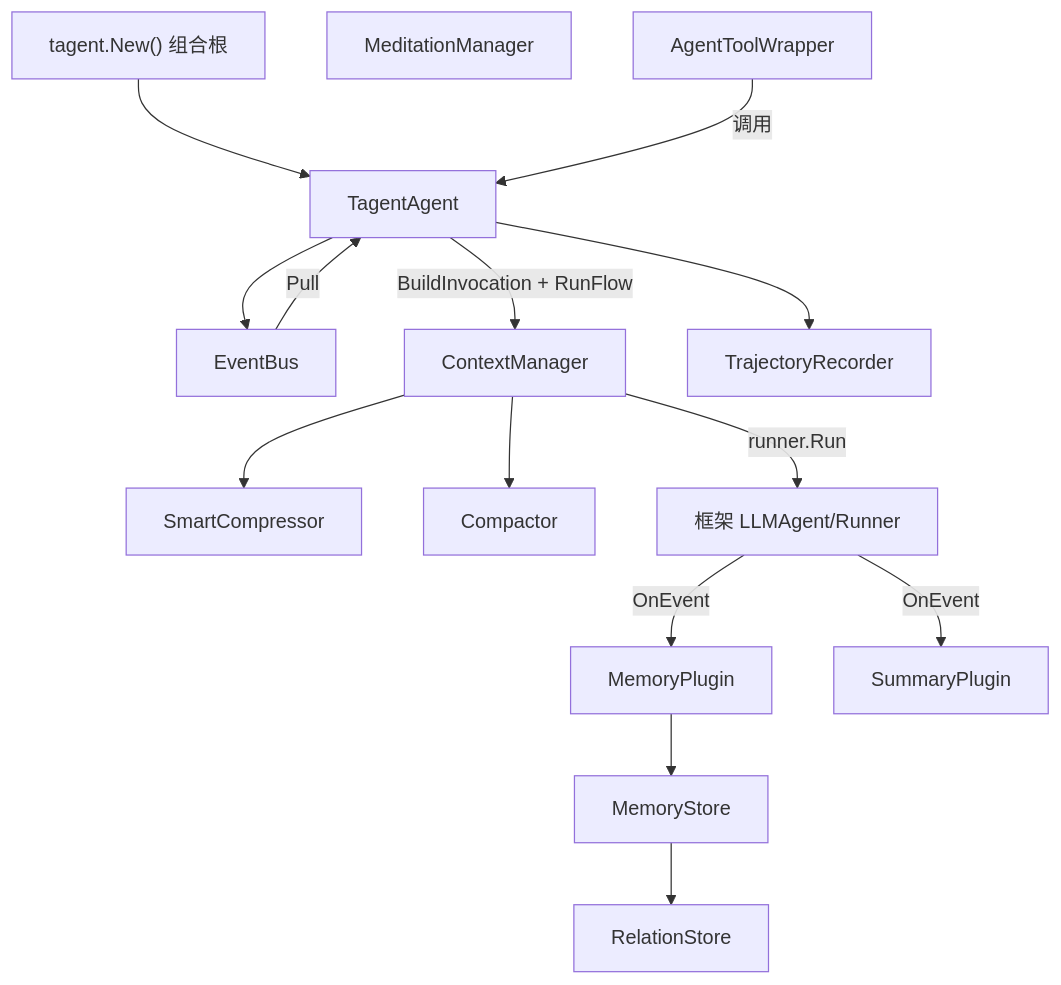
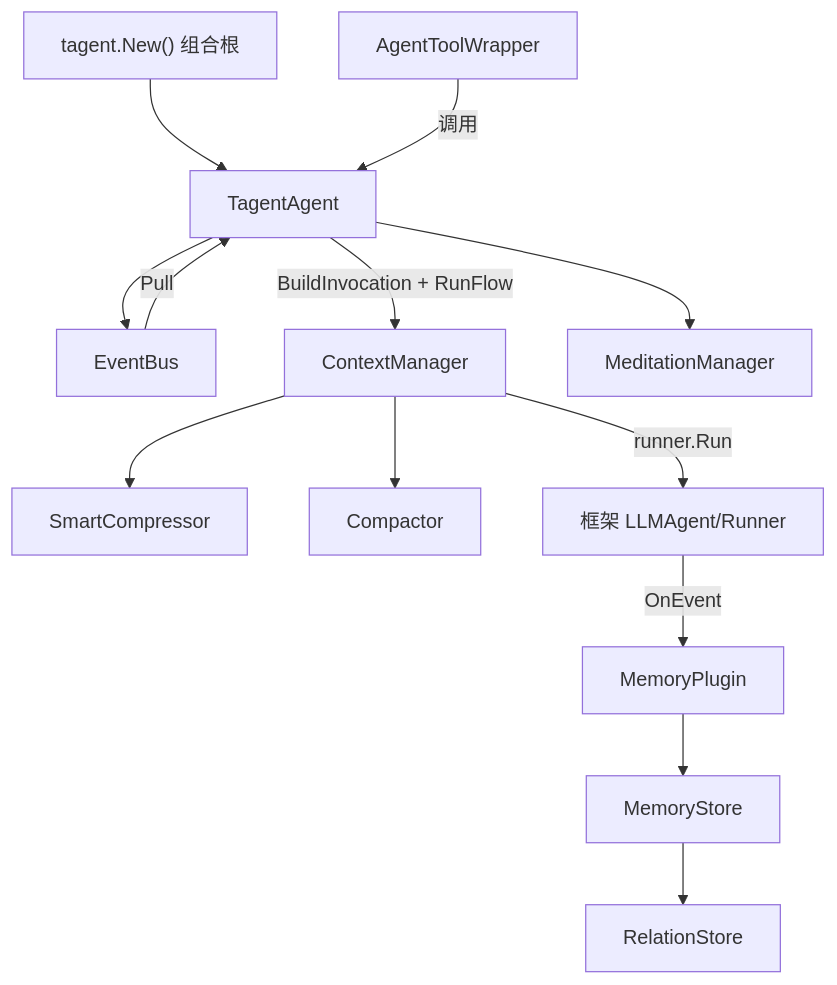
The fourth of 4 diagrams in README.md (SpellingDragon/tagent), drawn with Mermaid before and after one commit. The commit also changed other lines of this file and 1 other file, not shown here.

First line of the commit message:
docs(readme): restructure for readability — features/scenario/samples first, diagrams over prose

````diff
--- a/README.md
+++ b/README.md
@@ -139,30 +173,27 @@
 ```mermaid
 graph TB
     ROOT["tagent.New() 组合根"]
     TA["TagentAgent"]
     EB["EventBus"]
     CM["ContextManager"]
     SC["SmartCompressor"]
     CP["Compactor"]
     MM["MeditationManager"]
     MP["MemoryPlugin"]
-    SP["SummaryPlugin"]
     MS["MemoryStore"]
     RS["RelationStore"]
     ATW["AgentToolWrapper"]
-    TR["TrajectoryRecorder"]
 
     ROOT --> TA
     TA --> EB
     EB -->|Pull| TA
     TA -->|BuildInvocation + RunFlow| CM
     CM --> SC
     CM --> CP
     CM -->|runner.Run| LLMAGENT["框架 LLMAgent/Runner"]
     LLMAGENT -->|OnEvent| MP
-    LLMAGENT -->|OnEvent| SP
     MP --> MS
     MS --> RS
     ATW -->|调用| TA
-    TA --> TR
+    TA --> MM
 ```
````
